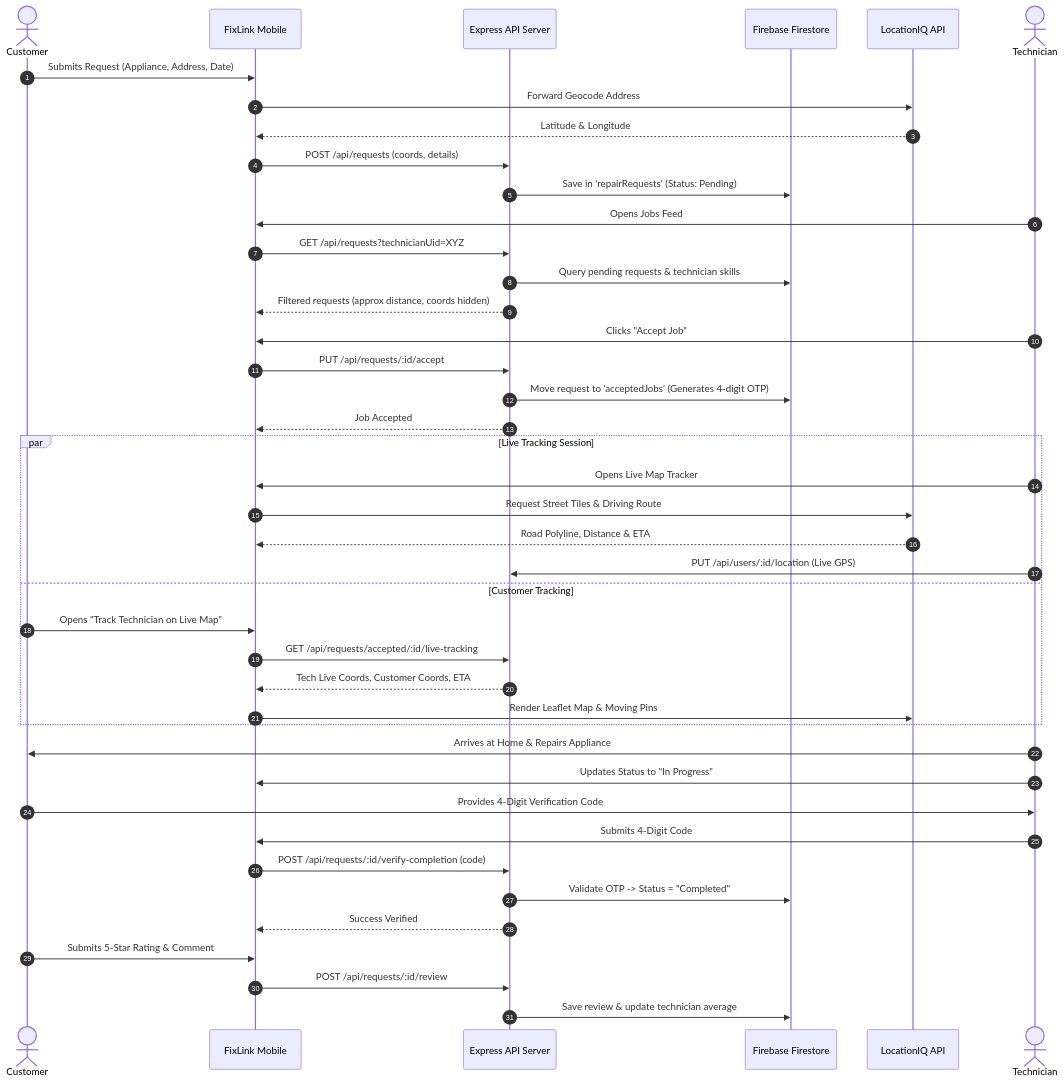
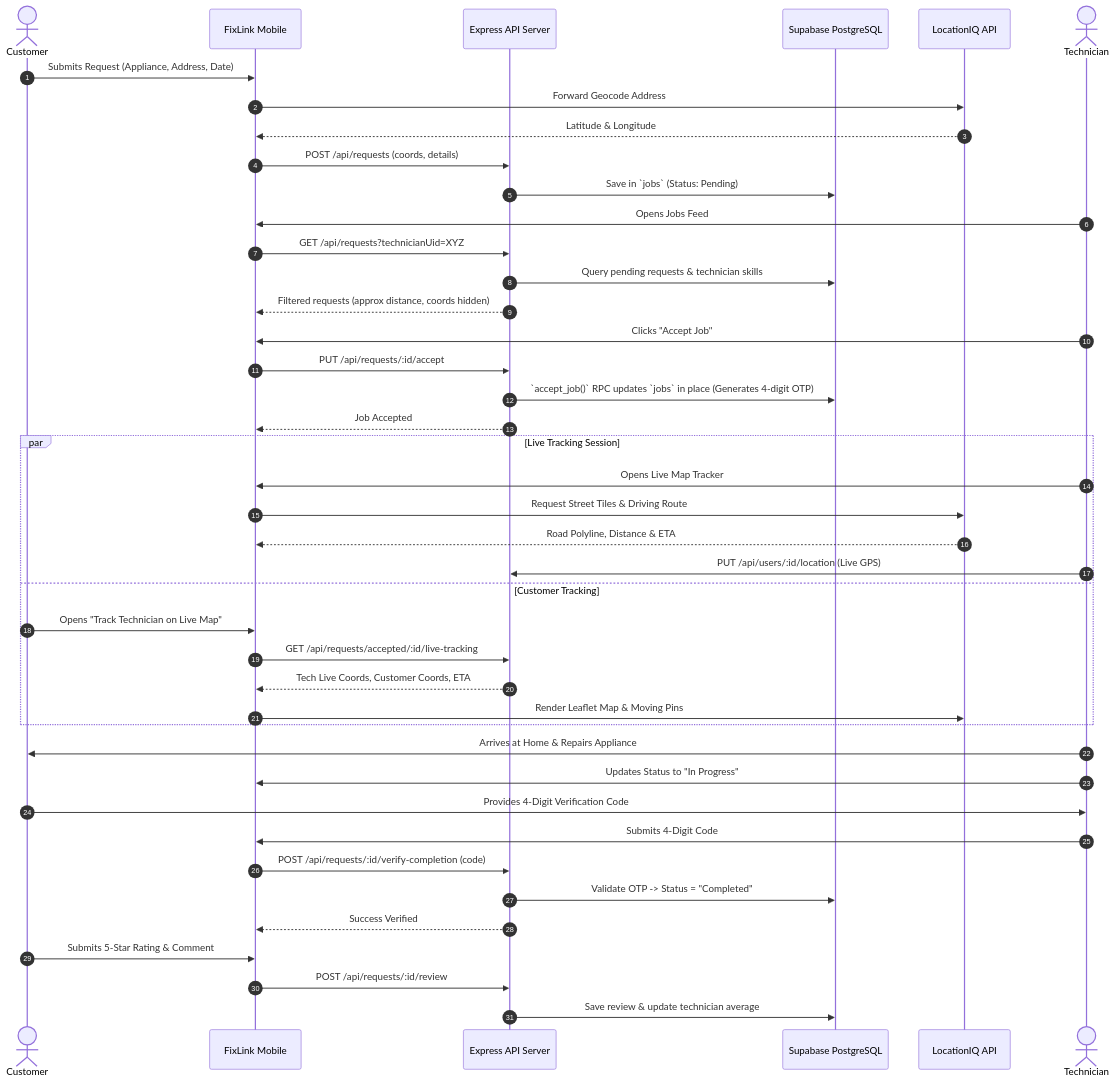
Before and after one commit to xcell321/fixlinksupabase: the third of 3 diagrams in Fixlinkmobile/backend/context/FixLink_System_Workflow_Plan.md, drawn with Mermaid. The commit also changed other lines of this file and 20 other files, not shown here.

````diff
--- a/Fixlinkmobile/backend/context/FixLink_System_Workflow_Plan.md
+++ b/Fixlinkmobile/backend/context/FixLink_System_Workflow_Plan.md
@@ -206,56 +206,56 @@
 ```mermaid
 sequenceDiagram
     autonumber
     actor Customer
     participant App as FixLink Mobile
     participant Backend as Express API Server
-    participant DB as Firebase Firestore
+    participant DB as Supabase PostgreSQL
     participant LocIQ as LocationIQ API
     actor Tech as Technician
 
     %% Request Creation
     Customer->>App: Submits Request (Appliance, Address, Date)
     App->>LocIQ: Forward Geocode Address
     LocIQ-->>App: Latitude & Longitude
     App->>Backend: POST /api/requests (coords, details)
-    Backend->>DB: Save in 'repairRequests' (Status: Pending)
+    Backend->>DB: Save in `jobs` (Status: Pending)
 
     %% Dispatch & Match
     Tech->>App: Opens Jobs Feed
     App->>Backend: GET /api/requests?technicianUid=XYZ
     Backend->>DB: Query pending requests & technician skills
     Backend-->>App: Filtered requests (approx distance, coords hidden)
 
     %% Job Acceptance
     Tech->>App: Clicks "Accept Job"
     App->>Backend: PUT /api/requests/:id/accept
-    Backend->>DB: Move request to 'acceptedJobs' (Generates 4-digit OTP)
+    Backend->>DB: `accept_job()` RPC updates `jobs` in place (Generates 4-digit OTP)
     Backend-->>App: Job Accepted
 
     %% Mutual Live Tracking
     par Live Tracking Session
         Tech->>App: Opens Live Map Tracker
         App->>LocIQ: Request Street Tiles & Driving Route
         LocIQ-->>App: Road Polyline, Distance & ETA
         Tech->>Backend: PUT /api/users/:id/location (Live GPS)
     and Customer Tracking
         Customer->>App: Opens "Track Technician on Live Map"
         App->>Backend: GET /api/requests/accepted/:id/live-tracking
         Backend-->>App: Tech Live Coords, Customer Coords, ETA
         App->>LocIQ: Render Leaflet Map & Moving Pins
     end
 
     %% Execution & Verification
     Tech->>Customer: Arrives at Home & Repairs Appliance
     Tech->>App: Updates Status to "In Progress"
     Customer->>Tech: Provides 4-Digit Verification Code
     Tech->>App: Submits 4-Digit Code
     App->>Backend: POST /api/requests/:id/verify-completion (code)
     Backend->>DB: Validate OTP -> Status = "Completed"
     Backend-->>App: Success Verified
 
     %% Feedback
     Customer->>App: Submits 5-Star Rating & Comment
     App->>Backend: POST /api/requests/:id/review
     Backend->>DB: Save review & update technician average
 ```
````
